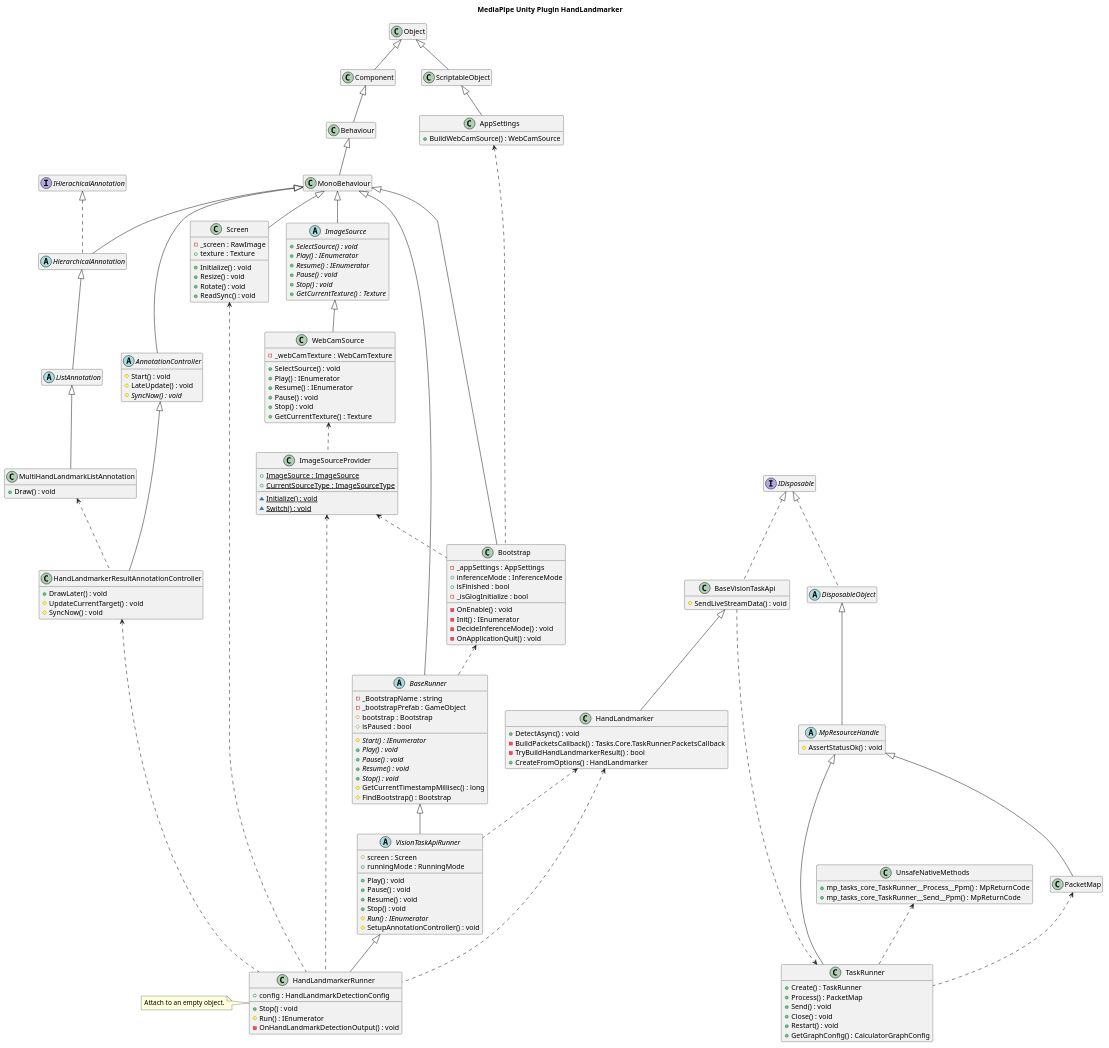
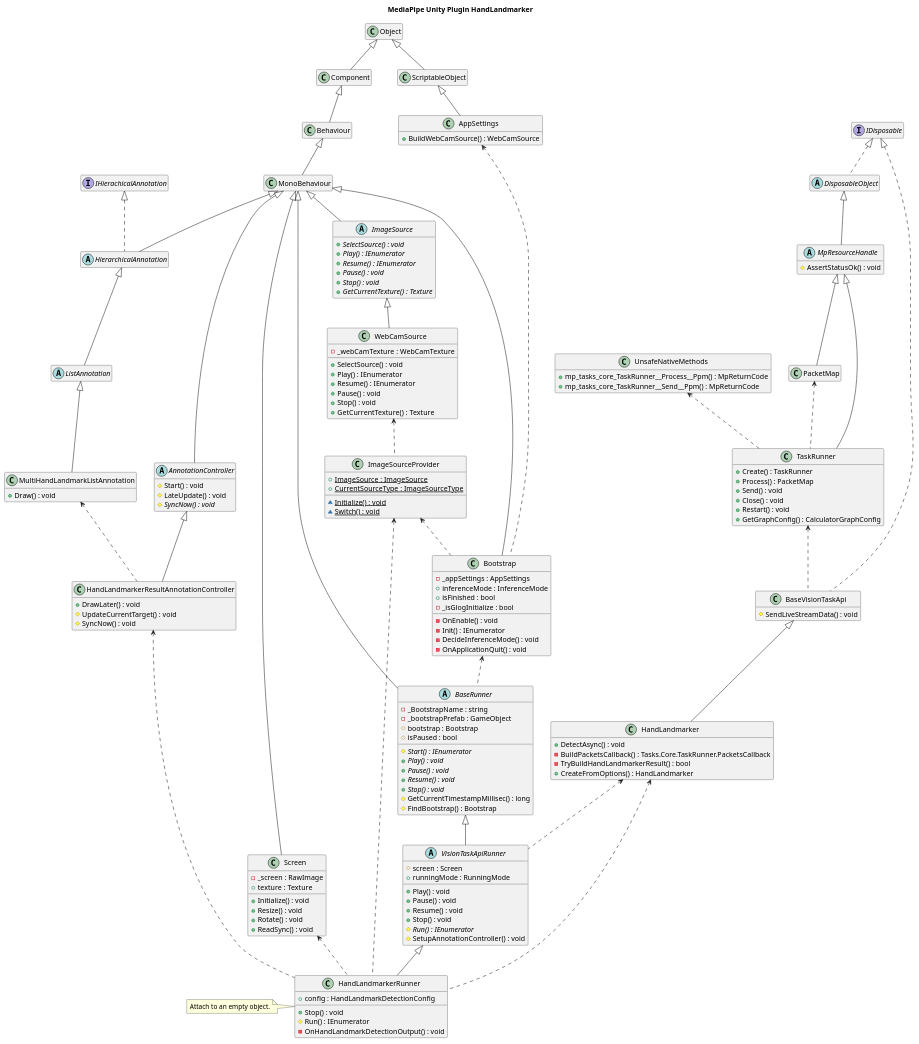
One commit to Yupopyoi/VHub changed the diagram in Docs/MediaPipe/Classes.pu. Above: the diagram before and after it, drawn with PlantUML. The commit also changed 1 other file, not shown here.

Commit message:
Changed the structure of the figure to make it easier to read.

```diff
--- a/Docs/MediaPipe/Classes.pu
+++ b/Docs/MediaPipe/Classes.pu
@@ -161,7 +161,7 @@
 }
 
 BaseVisionTaskApi <|-- HandLandmarker
-BaseVisionTaskApi ..> TaskRunner
+TaskRunner <.. BaseVisionTaskApi
 
 class BaseVisionTaskApi{
   #SendLiveStreamData() : void
```
